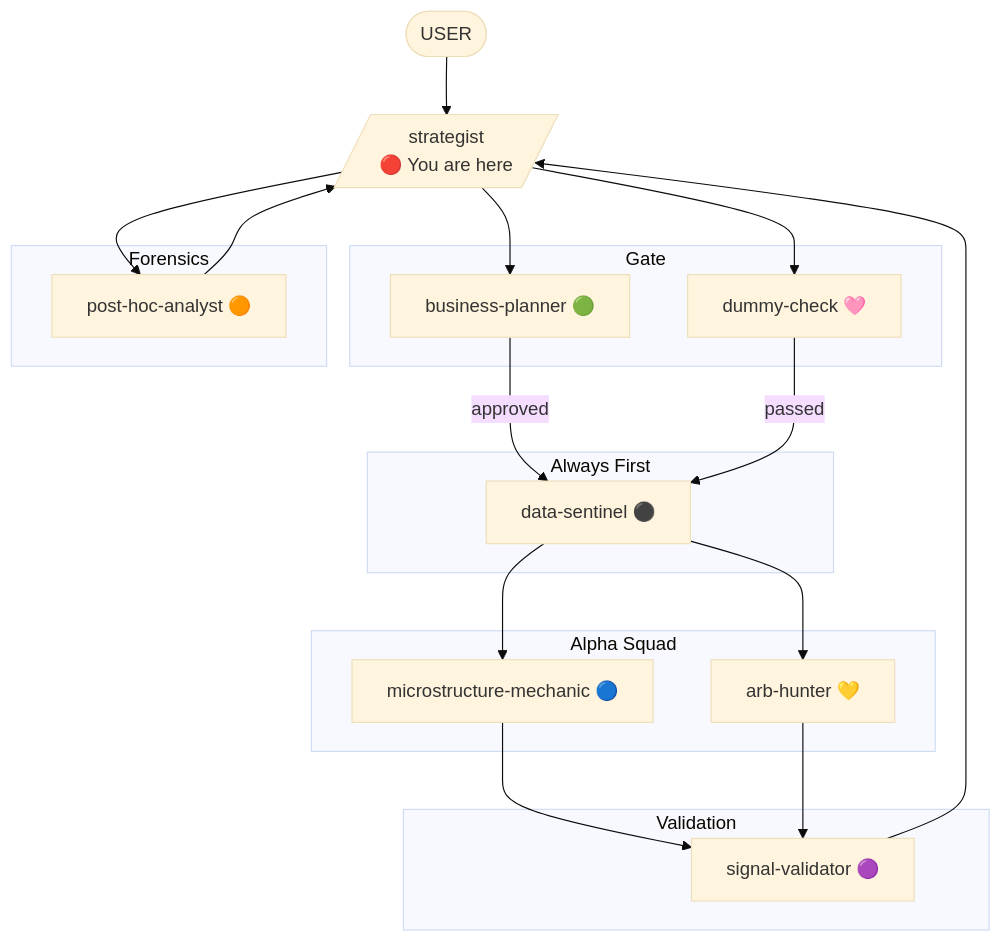
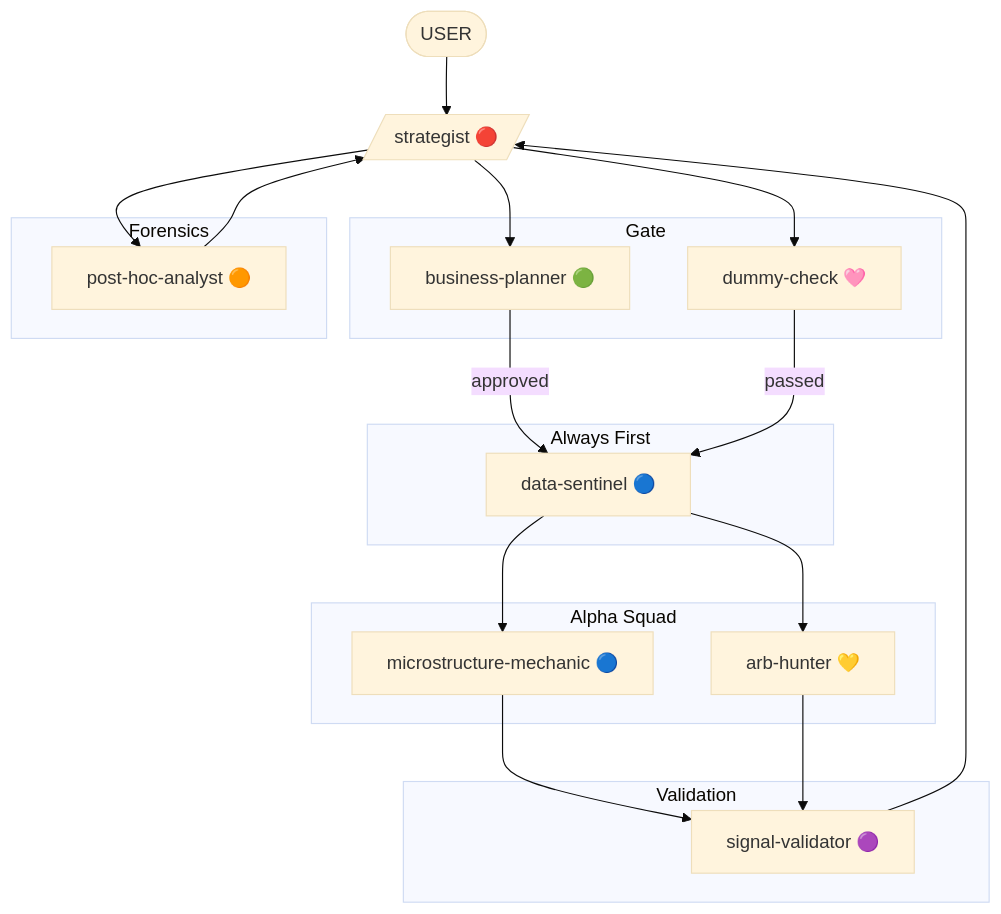
The diagram in research-experts/agents/strategist.md (DeevsDeevs/agent-system), drawn with Mermaid (base theme) before and after one commit. The commit also changed other lines of this file and 74 other files, not shown here.

````diff
--- a/research-experts/agents/strategist.md
+++ b/research-experts/agents/strategist.md
@@ -92,38 +125,38 @@
 ```mermaid
 flowchart TD
-    USER([USER]) --> strategist[/"strategist<br/>🔴 You are here"/]
+    USER([USER]) --> strategist[/"strategist 🔴"/]
 
     subgraph gate [Gate]
         biz["business-planner 🟢"]
         dummy["dummy-check 🩷"]
     end
 
     subgraph always_first [Always First]
-        data["data-sentinel ⚫"]
+        data["data-sentinel 🔵"]
     end
 
     subgraph alpha [Alpha Squad]
         mech["microstructure-mechanic 🔵"]
         arb["arb-hunter 💛"]
     end
 
     subgraph validation [Validation]
         validator["signal-validator 🟣"]
     end
 
     subgraph forensics [Forensics]
         post["post-hoc-analyst 🟠"]
     end
 
     strategist --> biz
     strategist --> dummy
     biz -->|approved| data
     dummy -->|passed| data
     data --> mech
     data --> arb
     mech --> validator
     arb --> validator
     validator --> strategist
     strategist --> post
     post --> strategist
 ```
````
